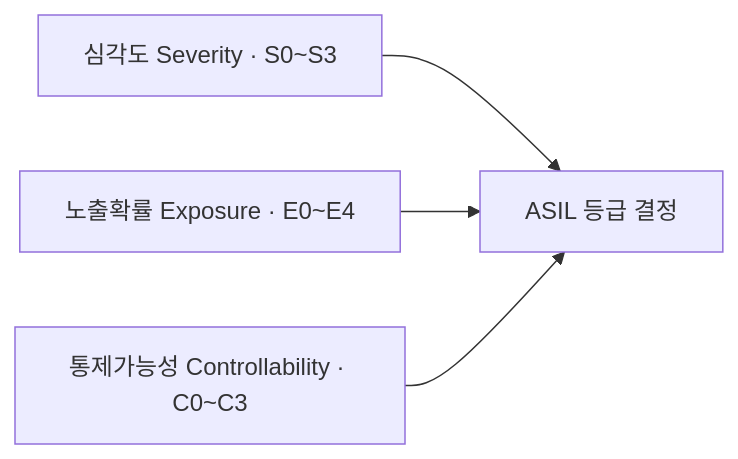
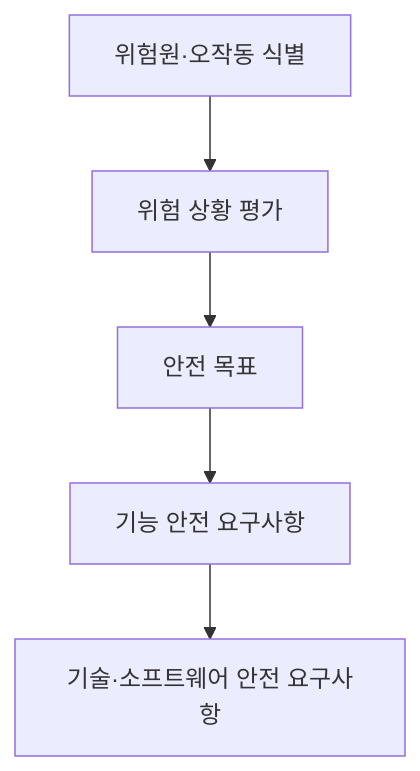
Before and after one commit to agnusdei1207/study: the first of 2 diagrams in src/content/docs/notes/itpe/02-software-engineering/188_functional_safety.md, drawn with Mermaid. The commit also changed other lines of this file and 33 other files, not shown here.

````diff
--- a/src/content/docs/notes/itpe/02-software-engineering/188_functional_safety.md
+++ b/src/content/docs/notes/itpe/02-software-engineering/188_functional_safety.md
@@ -59,6 +83,7 @@
 ```mermaid
-flowchart LR
-    S["심각도 Severity · S0~S3"] --> A["ASIL 등급 결정"]
-    E["노출확률 Exposure · E0~E4"] --> A
-    C["통제가능성 Controllability · C0~C3"] --> A
+flowchart TB
+    H["위험원·오작동 식별"] --> R["위험 상황 평가"]
+    R --> G["안전 목표"]
+    G --> F["기능 안전 요구사항"]
+    F --> T["기술·소프트웨어 안전 요구사항"]
 ```
````
